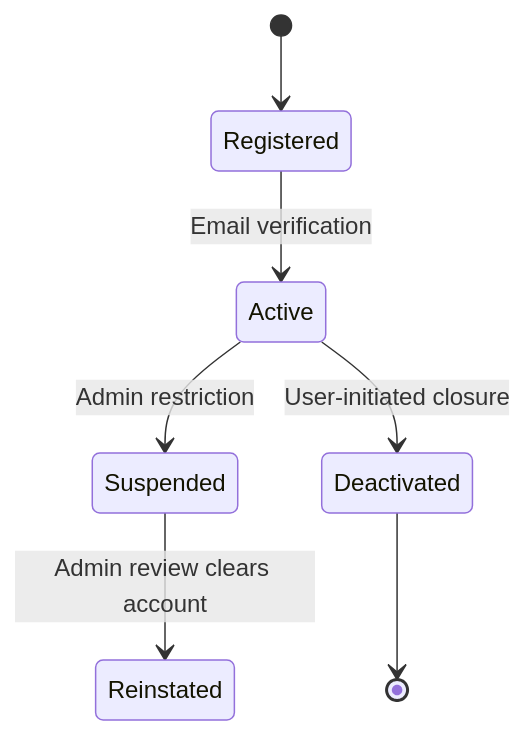
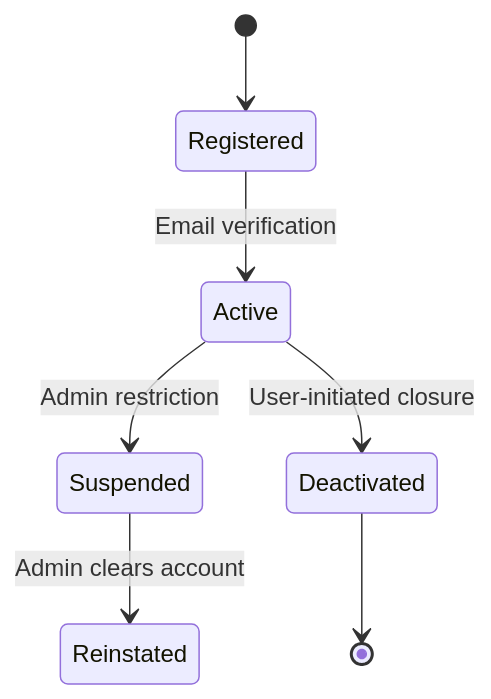
One commit to Wareezy/Budget_Tracker changed the third of 3 diagrams in Assignment_8/STATE_TRANSITION_DIAGRAMS.md. Above: the diagram before and after it, drawn with Mermaid.

````diff
--- a/Assignment_8/STATE_TRANSITION_DIAGRAMS.md
+++ b/Assignment_8/STATE_TRANSITION_DIAGRAMS.md
@@ -36,11 +36,11 @@
 ```mermaid
 
 stateDiagram-v2
     [*] --> Registered
     Registered --> Active : Email verification
     Active --> Suspended : Admin restriction
     Active --> Deactivated : User-initiated closure
-    Suspended --> Reinstated : Admin review clears account
+    Suspended --> Reinstated : Admin clears account
     Deactivated --> [*]
 
 ```
````
